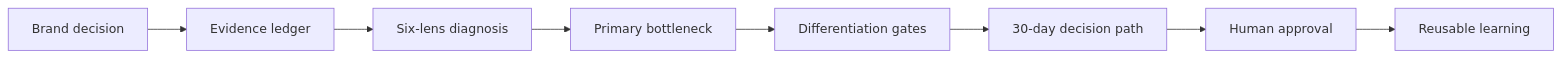
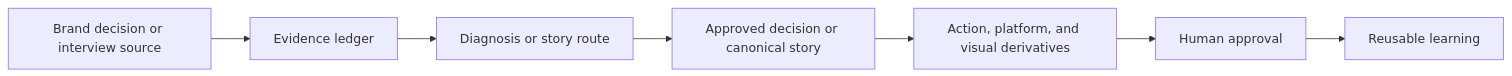
The first of 2 diagrams in README.md (chiwinzhong/wab-ai-native-brand-system), drawn with Mermaid before and after one commit. The commit also changed other lines of this file and 27 other files, not shown here.

Commit message:
Add Interview-to-Story Skill and field case

````diff
--- a/README.md
+++ b/README.md
@@ -45,10 +63,9 @@
 ```mermaid
 flowchart LR
-    A["Brand decision"] --> B["Evidence ledger"]
-    B --> C["Six-lens diagnosis"]
-    C --> D["Primary bottleneck"]
-    D --> E["Differentiation gates"]
-    E --> F["30-day decision path"]
-    F --> G["Human approval"]
-    G --> H["Reusable learning"]
+    A["Brand decision or interview source"] --> B["Evidence ledger"]
+    B --> C["Diagnosis or story route"]
+    C --> D["Approved decision or canonical story"]
+    D --> E["Action, platform, and visual derivatives"]
+    E --> F["Human approval"]
+    F --> G["Reusable learning"]
 ```
````
